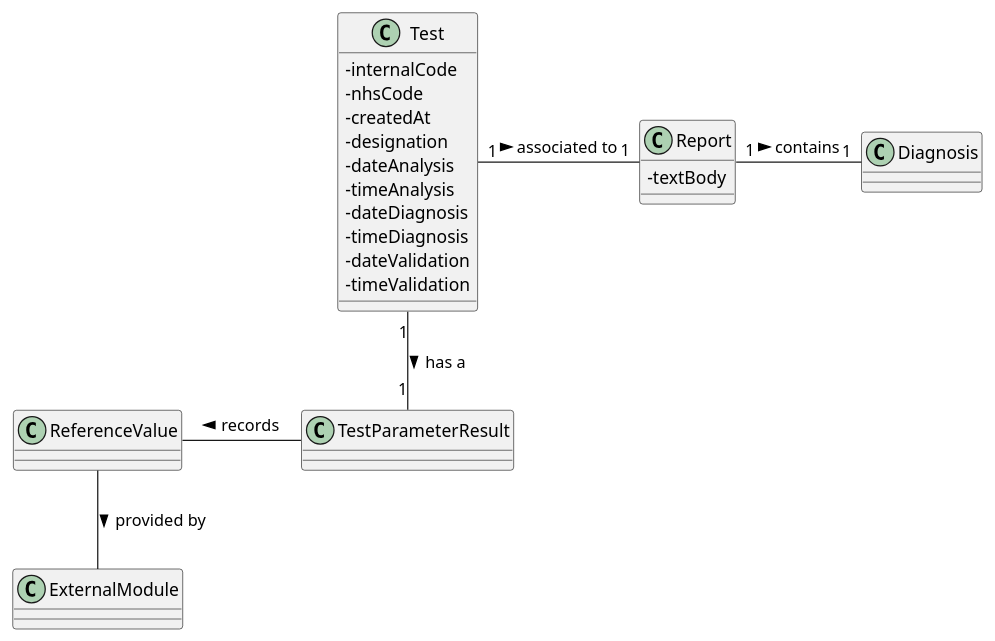
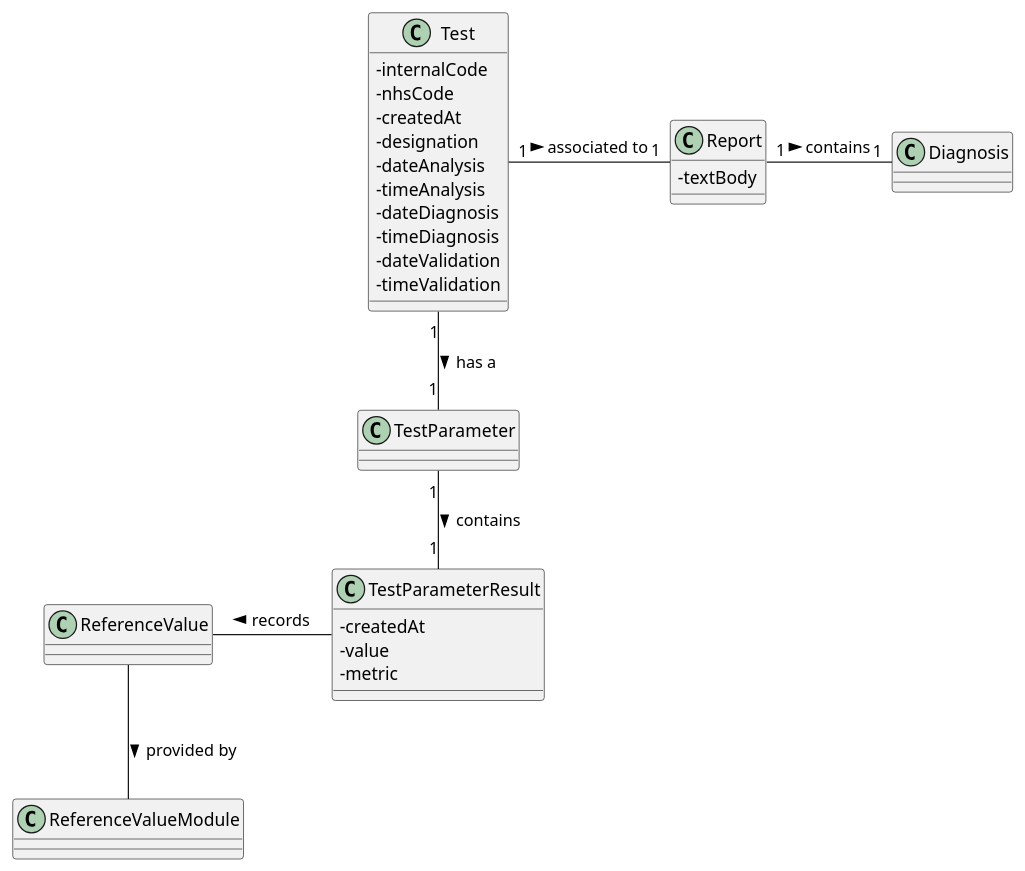
Before and after one commit to MadDinosaur/ISEP-LAPR2: the diagram in docs/SprintC/US14/US14_DM.puml, drawn with PlantUML. The commit also changed 3 other files, not shown here.

```diff
--- a/docs/SprintC/US14/US14_DM.puml
+++ b/docs/SprintC/US14/US14_DM.puml
@@ -1,30 +1,38 @@
 @startuml
 
 skinparam classAttributeIconSize 0
 
 class Test {
 -internalCode
 -nhsCode
 -createdAt
 -designation
 -dateAnalysis
 -timeAnalysis
 -dateDiagnosis
 -timeDiagnosis
 -dateValidation
 -timeValidation
 }
 
 class Diagnosis
 
 class Report {
 -textBody
 }
 
-Test "1"-down-"1" TestParameterResult: has a >
+class TestParameterResult {
+-createdAt
+-value
+-metric
+}
+
+
+Test "1"-down-"1" TestParameter: has a >
+TestParameter "1"-down-"1" TestParameterResult: contains >
 Test "1"-"1" Report: associated to >
 Report "1"-"1" Diagnosis: contains >
 TestParameterResult -left- ReferenceValue: records >
-ReferenceValue -down- ExternalModule: provided by >
+ReferenceValue -down- ReferenceValueModule: provided by >
 
 @enduml
```
